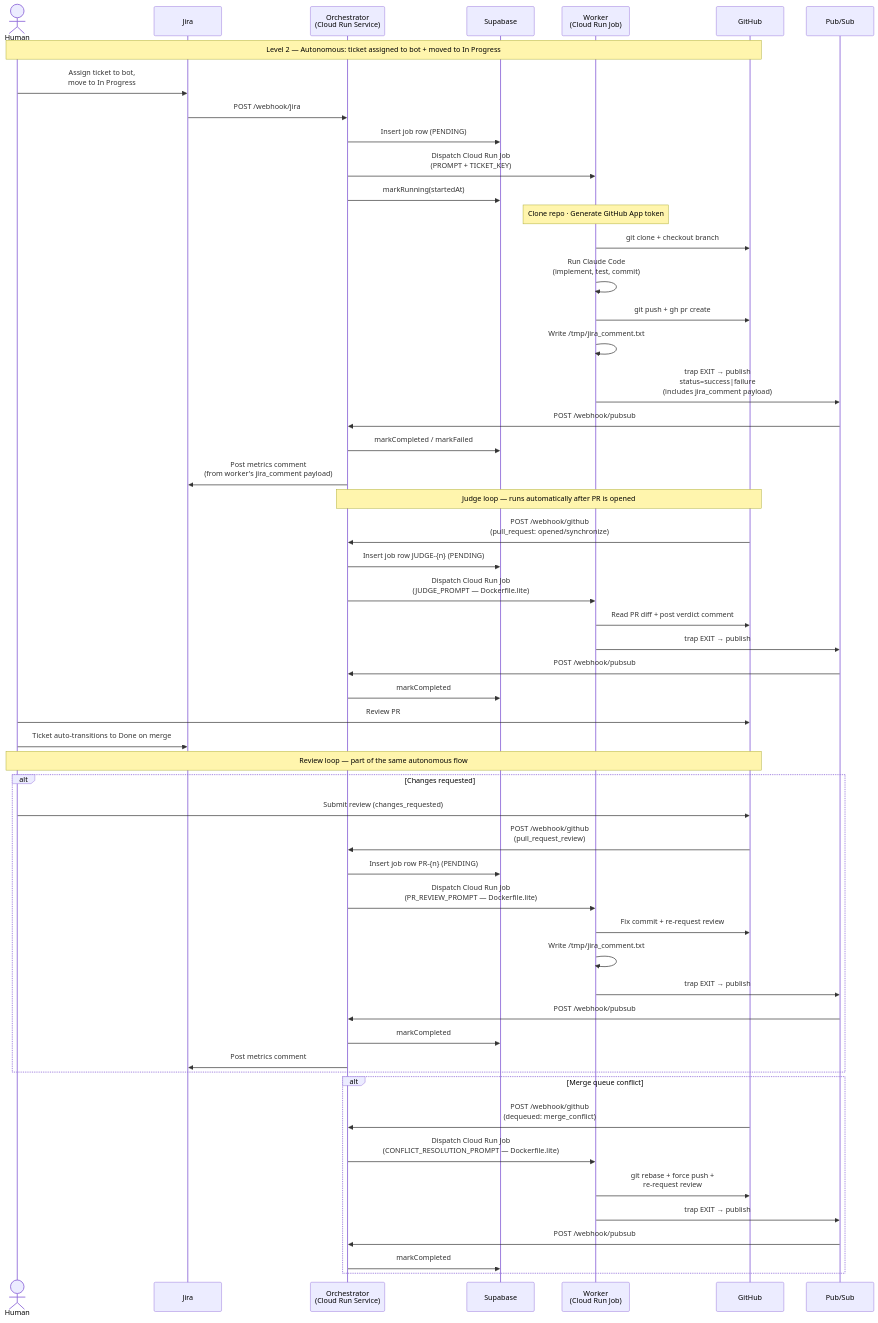
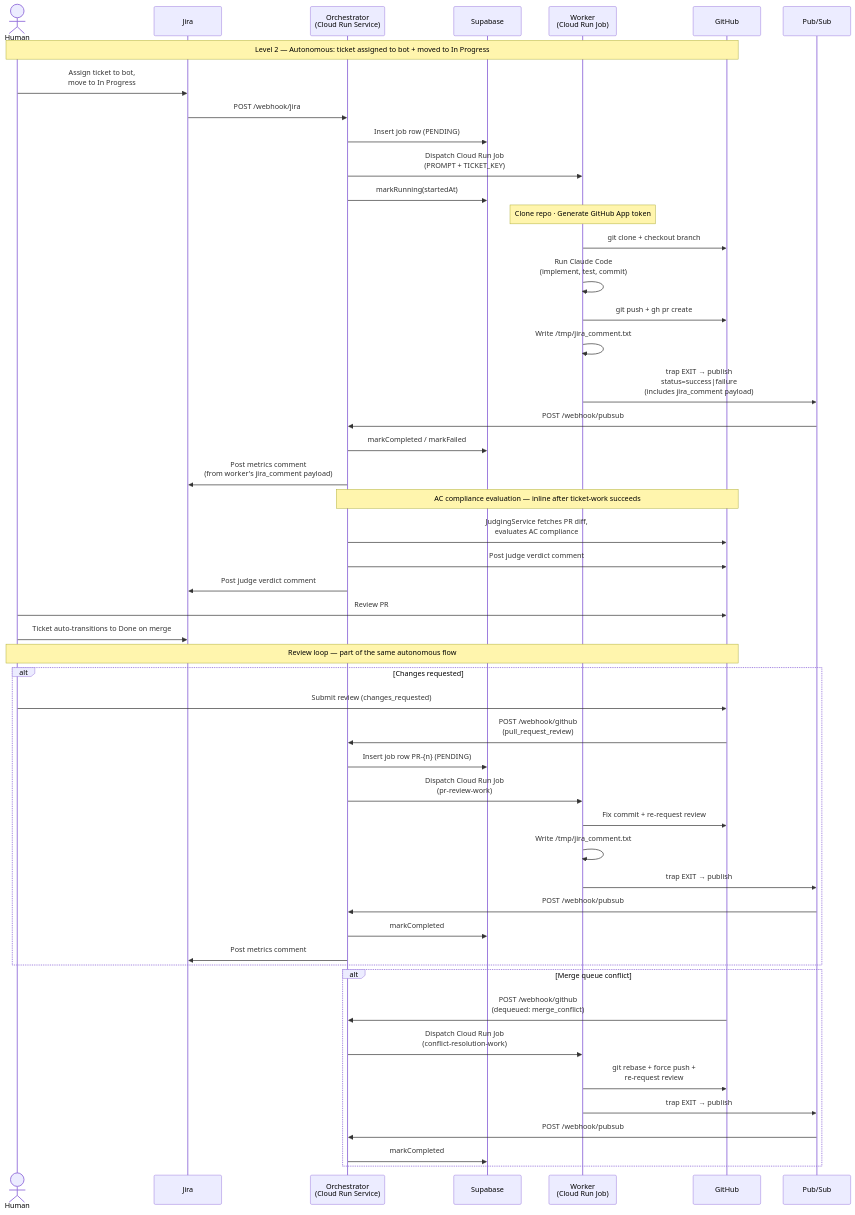
Before and after one commit to MicGon7/media-sage: the diagram in docs/diagrams/agent-pipeline.md, drawn with Mermaid. The commit also changed other lines of this file and 94 other files, not shown here.

````diff
--- a/docs/diagrams/agent-pipeline.md
+++ b/docs/diagrams/agent-pipeline.md
@@ -7,66 +7,61 @@
 ```mermaid
 sequenceDiagram
     actor Human
     participant Jira
     participant Orchestrator as Orchestrator<br/>(Cloud Run Service)
     participant Supabase
     participant Worker as Worker<br/>(Cloud Run Job)
     participant GitHub
     participant PubSub as Pub/Sub
 
     Note over Human,GitHub: Level 2 — Autonomous: ticket assigned to bot + moved to In Progress
 
     Human->>Jira: Assign ticket to bot,<br/>move to In Progress
     Jira->>Orchestrator: POST /webhook/jira
     Orchestrator->>Supabase: Insert job row (PENDING)
     Orchestrator->>Worker: Dispatch Cloud Run Job<br/>(PROMPT + TICKET_KEY)
     Orchestrator->>Supabase: markRunning(startedAt)
 
     Note over Worker: Clone repo · Generate GitHub App token
     Worker->>GitHub: git clone + checkout branch
     Worker->>Worker: Run Claude Code<br/>(implement, test, commit)
     Worker->>GitHub: git push + gh pr create
     Worker->>Worker: Write /tmp/jira_comment.txt
     Worker->>PubSub: trap EXIT → publish<br/>status=success|failure<br/>(includes jira_comment payload)
 
     PubSub->>Orchestrator: POST /webhook/pubsub
     Orchestrator->>Supabase: markCompleted / markFailed
     Orchestrator->>Jira: Post metrics comment<br/>(from worker's jira_comment payload)
 
-    Note over Orchestrator,GitHub: Judge loop — runs automatically after PR is opened
-
-    GitHub->>Orchestrator: POST /webhook/github<br/>(pull_request: opened/synchronize)
-    Orchestrator->>Supabase: Insert job row JUDGE-{n} (PENDING)
-    Orchestrator->>Worker: Dispatch Cloud Run Job<br/>(JUDGE_PROMPT — Dockerfile.lite)
-    Worker->>GitHub: Read PR diff + post verdict comment
-    Worker->>PubSub: trap EXIT → publish
-    PubSub->>Orchestrator: POST /webhook/pubsub
-    Orchestrator->>Supabase: markCompleted
+    Note over Orchestrator,GitHub: AC compliance evaluation — inline after ticket-work succeeds
+    Orchestrator->>GitHub: JudgingService fetches PR diff,<br/>evaluates AC compliance
+    Orchestrator->>GitHub: Post judge verdict comment
+    Orchestrator->>Jira: Post judge verdict comment
 
     Human->>GitHub: Review PR
     Human->>Jira: Ticket auto-transitions to Done on merge
 
     Note over Human,GitHub: Review loop — part of the same autonomous flow
 
     alt Changes requested
         Human->>GitHub: Submit review (changes_requested)
         GitHub->>Orchestrator: POST /webhook/github<br/>(pull_request_review)
         Orchestrator->>Supabase: Insert job row PR-{n} (PENDING)
-        Orchestrator->>Worker: Dispatch Cloud Run Job<br/>(PR_REVIEW_PROMPT — Dockerfile.lite)
+        Orchestrator->>Worker: Dispatch Cloud Run Job<br/>(pr-review-work)
         Worker->>GitHub: Fix commit + re-request review
         Worker->>Worker: Write /tmp/jira_comment.txt
         Worker->>PubSub: trap EXIT → publish
         PubSub->>Orchestrator: POST /webhook/pubsub
         Orchestrator->>Supabase: markCompleted
         Orchestrator->>Jira: Post metrics comment
     end
 
     alt Merge queue conflict
         GitHub->>Orchestrator: POST /webhook/github<br/>(dequeued: merge_conflict)
-        Orchestrator->>Worker: Dispatch Cloud Run Job<br/>(CONFLICT_RESOLUTION_PROMPT — Dockerfile.lite)
+        Orchestrator->>Worker: Dispatch Cloud Run Job<br/>(conflict-resolution-work)
         Worker->>GitHub: git rebase + force push +<br/>re-request review
         Worker->>PubSub: trap EXIT → publish
         PubSub->>Orchestrator: POST /webhook/pubsub
         Orchestrator->>Supabase: markCompleted
     end
 ```
````
